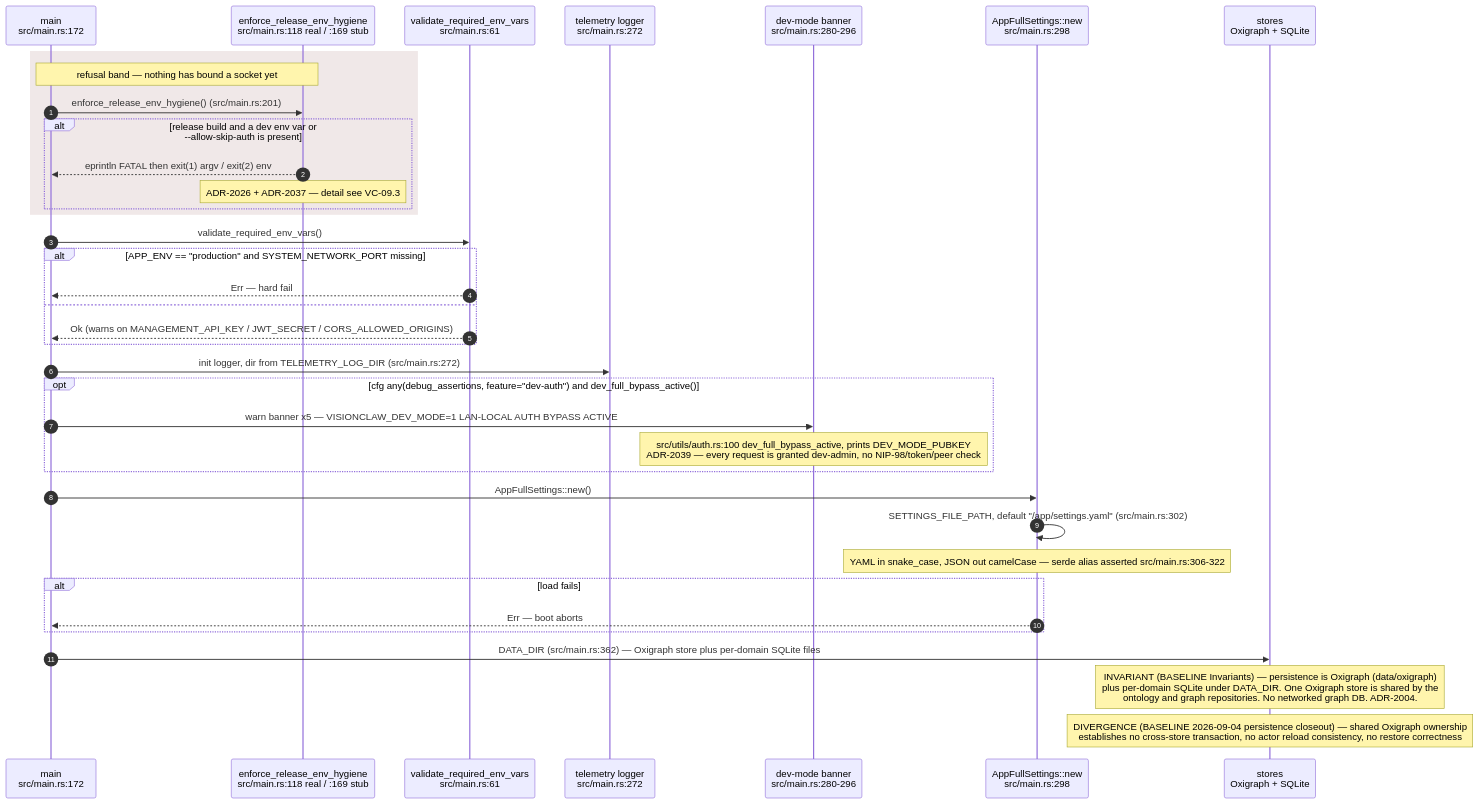
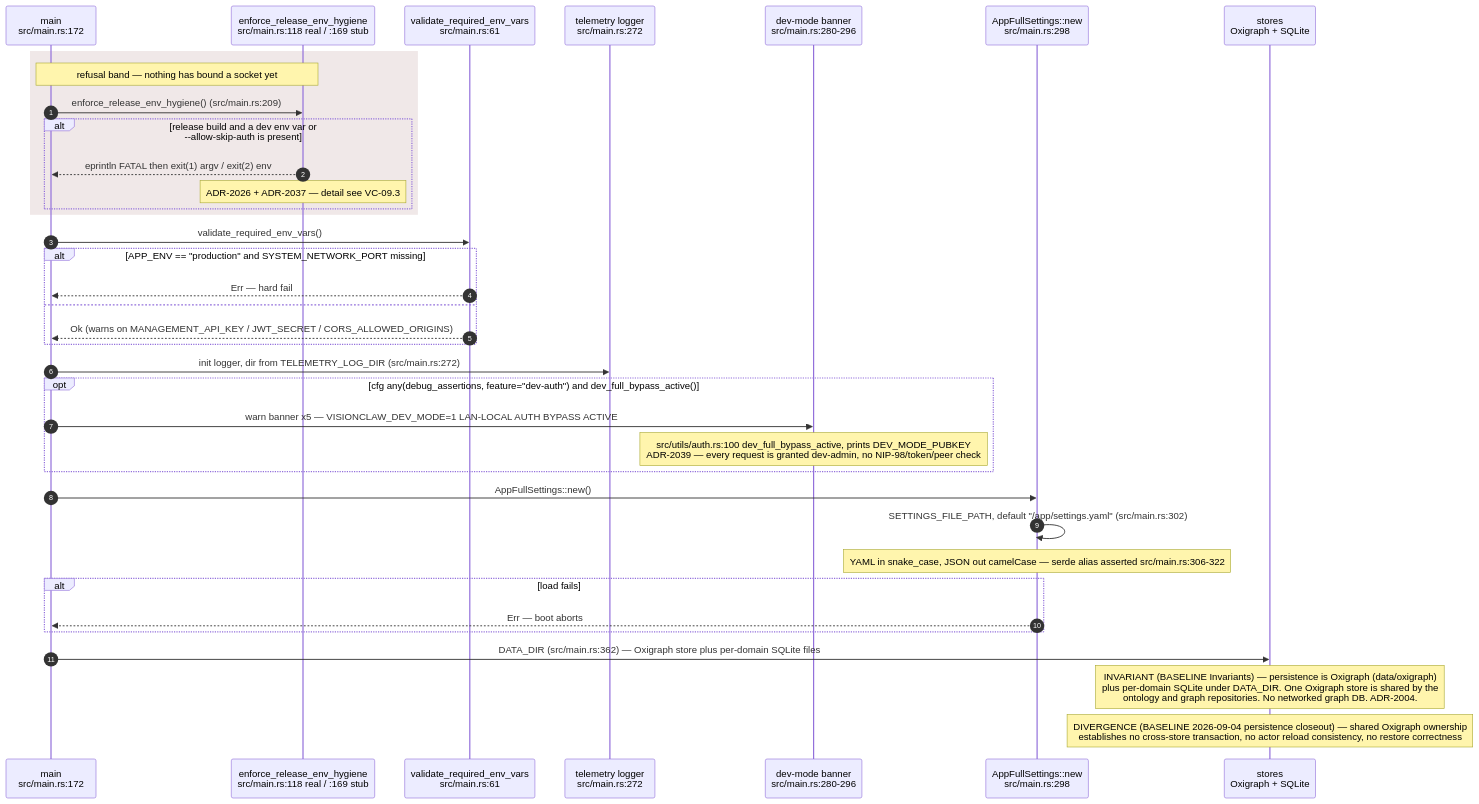
One commit to DreamLab-AI/VisionFlow changed the first of 13 diagrams in docs/diagrams/visionclaw/01-boot-and-app-state.md. Above: the diagram before and after it, drawn with Mermaid. The commit also changed other lines of this file and 111 other files, not shown here.

Commit message:
docs(diagrams): align estate maps with current source

````diff
--- a/docs/diagrams/visionclaw/01-boot-and-app-state.md
+++ b/docs/diagrams/visionclaw/01-boot-and-app-state.md
@@ -75,40 +75,40 @@
 ```mermaid
 sequenceDiagram
     autonumber
     participant M as main<br/>src/main.rs:172
     participant EH as enforce_release_env_hygiene<br/>src/main.rs:118 real / :169 stub
     participant VE as validate_required_env_vars<br/>src/main.rs:61
     participant TL as telemetry logger<br/>src/main.rs:272
     participant DB as dev-mode banner<br/>src/main.rs:280-296
     participant CF as AppFullSettings::new<br/>src/main.rs:298
     participant ST as stores<br/>Oxigraph + SQLite
 
     rect rgb(240,232,232)
     Note over M,EH: refusal band — nothing has bound a socket yet
-    M->>EH: enforce_release_env_hygiene() (src/main.rs:201)
+    M->>EH: enforce_release_env_hygiene() (src/main.rs:209)
     alt release build and a dev env var or --allow-skip-auth is present
         EH-->>M: eprintln FATAL then exit(1) argv / exit(2) env
         Note over EH: ADR-2026 + ADR-2037 — detail see VC-09.3
     end
     end
     M->>VE: validate_required_env_vars()
     alt APP_ENV == "production" and SYSTEM_NETWORK_PORT missing
         VE-->>M: Err — hard fail
     else
         VE-->>M: Ok (warns on MANAGEMENT_API_KEY / JWT_SECRET / CORS_ALLOWED_ORIGINS)
     end
     M->>TL: init logger, dir from TELEMETRY_LOG_DIR (src/main.rs:272)
     opt cfg any(debug_assertions, feature="dev-auth") and dev_full_bypass_active()
         M->>DB: warn banner x5 — VISIONCLAW_DEV_MODE=1 LAN-LOCAL AUTH BYPASS ACTIVE
         Note over DB: src/utils/auth.rs:100 dev_full_bypass_active, prints DEV_MODE_PUBKEY<br/>ADR-2039 — every request is granted dev-admin, no NIP-98/token/peer check
     end
     M->>CF: AppFullSettings::new()
     CF->>CF: SETTINGS_FILE_PATH, default "/app/settings.yaml" (src/main.rs:302)
     Note over CF: YAML in snake_case, JSON out camelCase — serde alias asserted src/main.rs:306-322
     alt load fails
         CF-->>M: Err — boot aborts
     end
     M->>ST: DATA_DIR (src/main.rs:362) — Oxigraph store plus per-domain SQLite files
     Note over ST: INVARIANT (BASELINE Invariants) — persistence is Oxigraph (data/oxigraph)<br/>plus per-domain SQLite under DATA_DIR. One Oxigraph store is shared by the<br/>ontology and graph repositories. No networked graph DB. ADR-2004.
     Note over ST: DIVERGENCE (BASELINE 2026-09-04 persistence closeout) — shared Oxigraph ownership<br/>establishes no cross-store transaction, no actor reload consistency, no restore correctness
 ```
````
